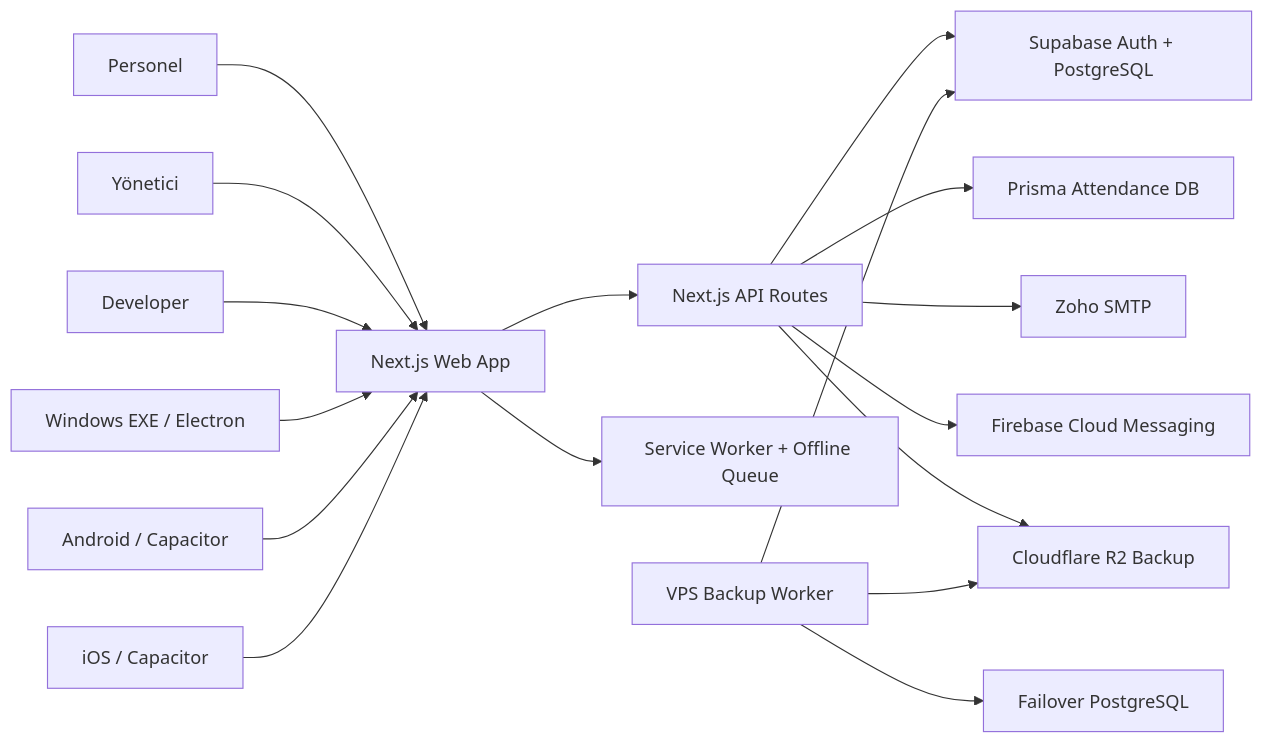
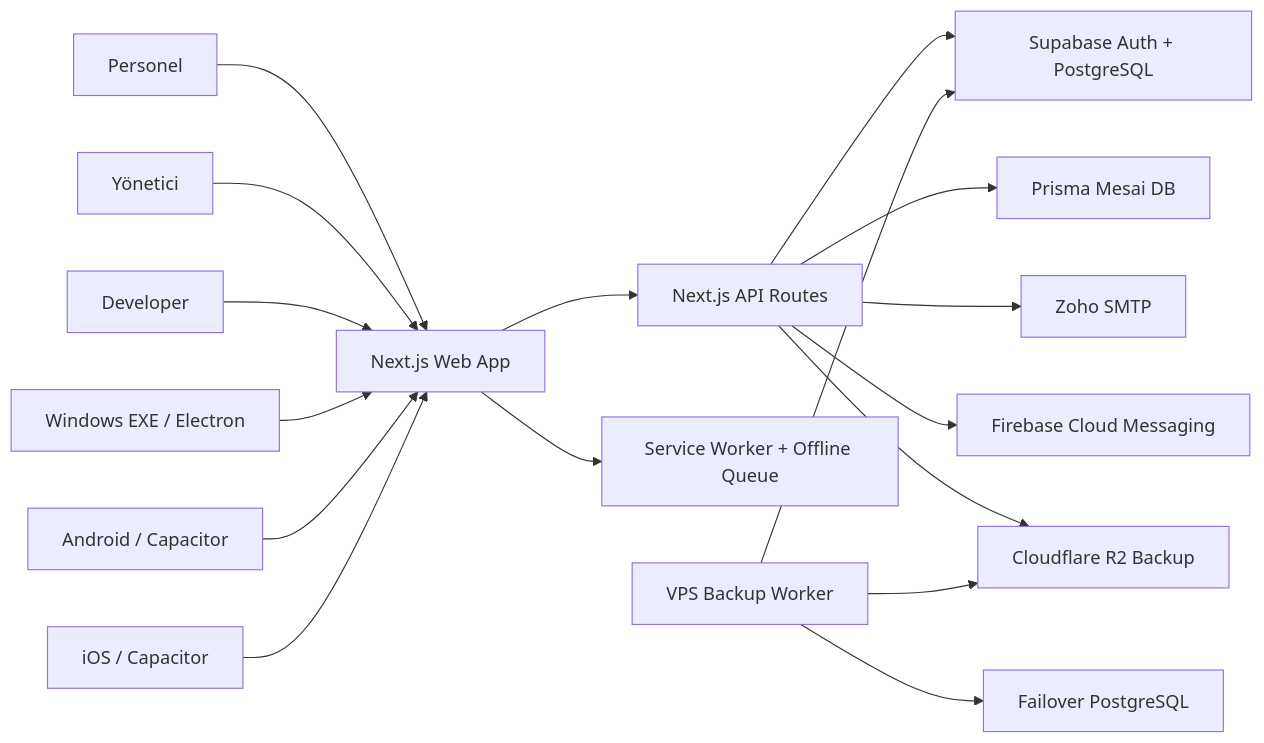
The diagram in README.md (wasycim/hesap), drawn with Mermaid before and after one commit. The commit also changed other lines of this file and 17 other files, not shown here.

````diff
--- a/README.md
+++ b/README.md
@@ -98,22 +96,22 @@
 ```mermaid
 flowchart LR
   PERSONEL["Personel"] --> WEB["Next.js Web App"]
   ADMIN["Yönetici"] --> WEB
   DEV["Developer"] --> WEB
 
   WEB --> API["Next.js API Routes"]
   API --> SUPA["Supabase Auth + PostgreSQL"]
-  API --> PRISMA["Prisma Attendance DB"]
+  API --> PRISMA["Prisma Mesai DB"]
   API --> SMTP["Zoho SMTP"]
   API --> FCM["Firebase Cloud Messaging"]
   API --> R2["Cloudflare R2 Backup"]
 
   WEB --> SW["Service Worker + Offline Queue"]
   DESKTOP["Windows EXE / Electron"] --> WEB
   ANDROID["Android / Capacitor"] --> WEB
   IOS["iOS / Capacitor"] --> WEB
 
   VPS["VPS Backup Worker"] --> SUPA
   VPS --> R2
   VPS --> FAILOVER["Failover PostgreSQL"]
 ```
````
